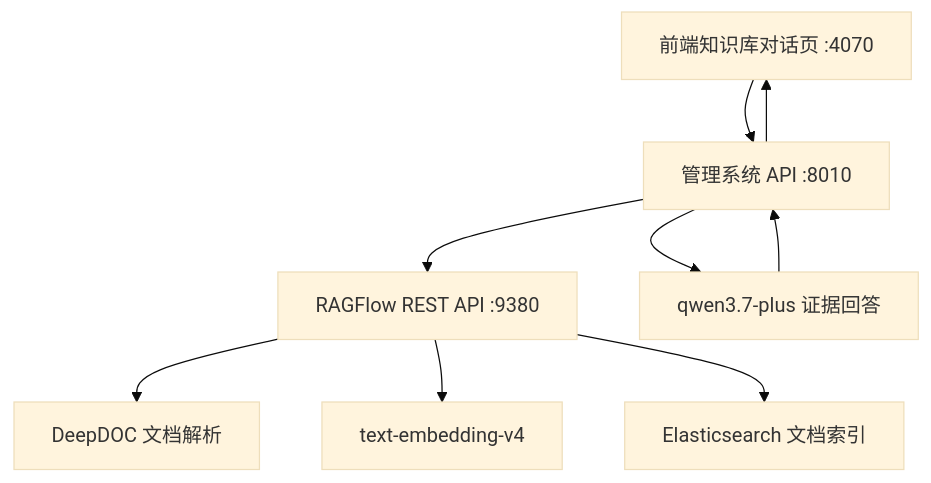
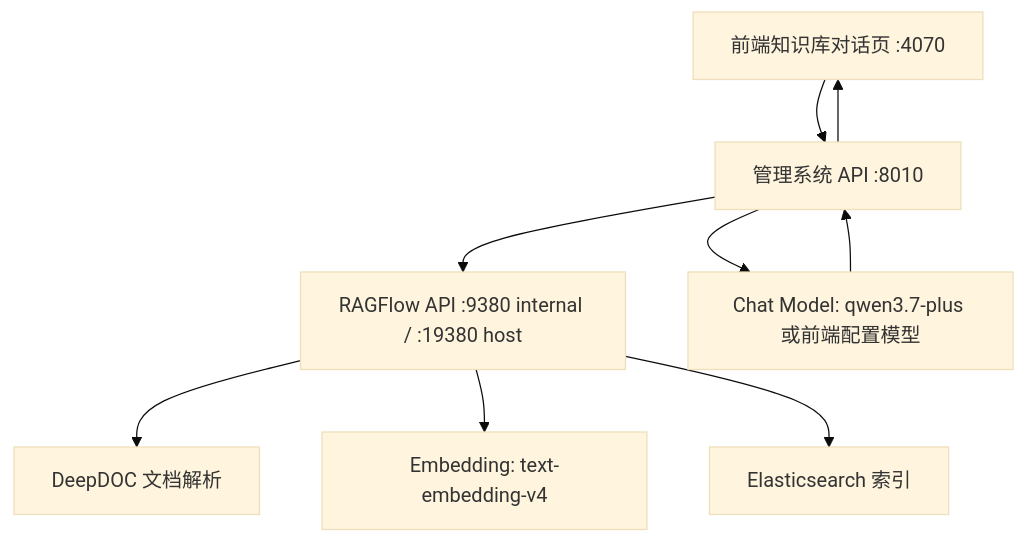
The diagram in RAG/docs/RAGFlow集成部署说明.md (gumorty/RAG_0nly), drawn with Mermaid (base theme) before and after one commit. The commit also changed other lines of this file and 15 other files, not shown here.

````diff
--- a/RAG/docs/RAGFlow集成部署说明.md
+++ b/RAG/docs/RAGFlow集成部署说明.md
@@ -7,11 +7,11 @@
 ```mermaid
 flowchart TD
   A["前端知识库对话页 :4070"] --> B["管理系统 API :8010"]
-  B --> C["RAGFlow REST API :9380"]
+  B --> C["RAGFlow API :9380 internal / :19380 host"]
   C --> D["DeepDOC 文档解析"]
-  C --> E["text-embedding-v4"]
-  C --> F["Elasticsearch 文档索引"]
-  B --> G["qwen3.7-plus 证据回答"]
+  C --> E["Embedding: text-embedding-v4"]
+  C --> F["Elasticsearch 索引"]
+  B --> G["Chat Model: qwen3.7-plus 或前端配置模型"]
   G --> B
   B --> A
 ```
````
